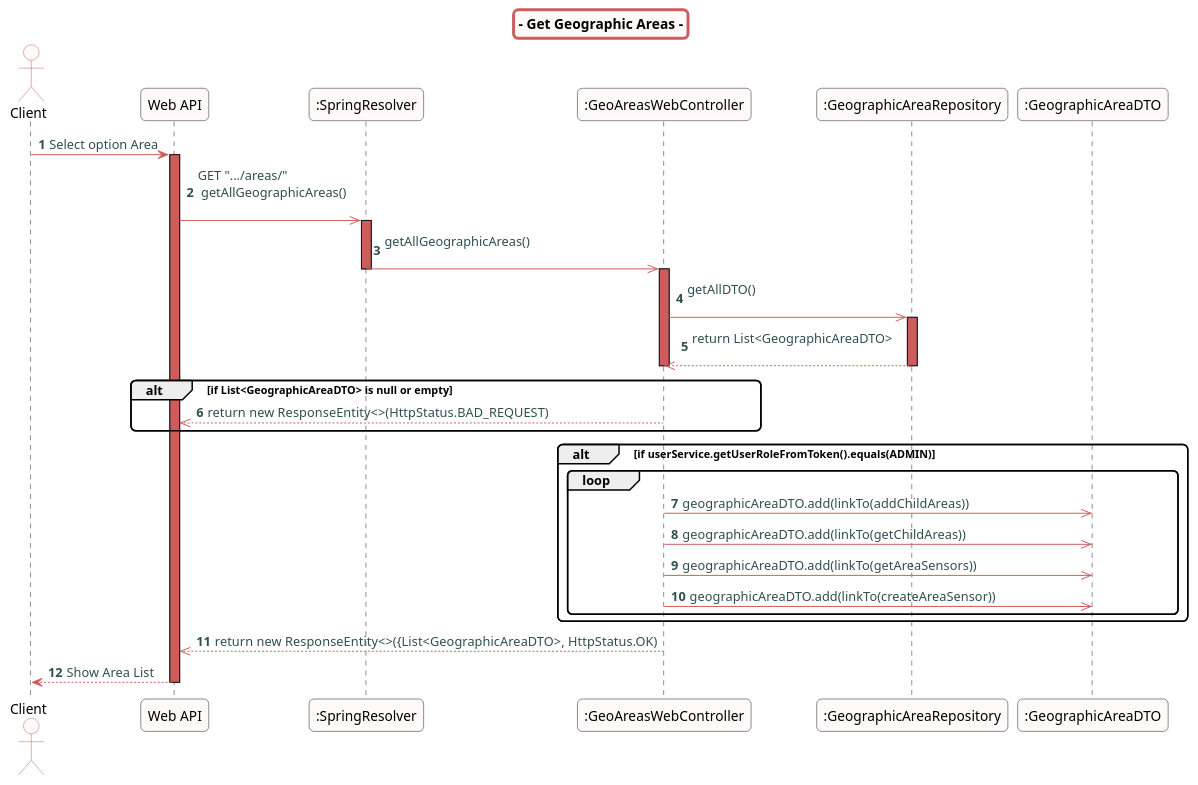
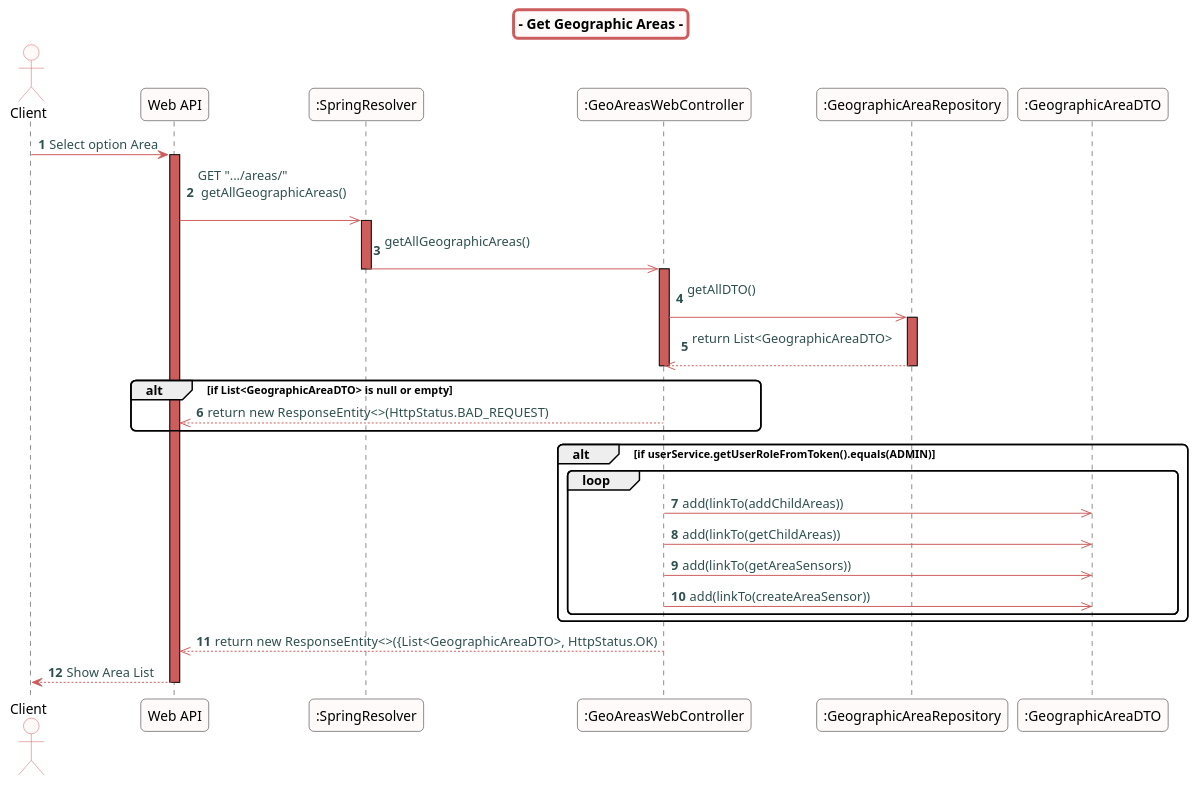
The diagram in src/doc/WEB_Controllers/GASettings/getAllGeographicAreas.puml (Almadanmp/frontend4), drawn with PlantUML before and after one commit. The commit also changed 1 other file, not shown here.

Commit message:
get child areas table sd small corretion to get all geographic areas sd

```diff
--- a/src/doc/WEB_Controllers/GASettings/getAllGeographicAreas.puml
+++ b/src/doc/WEB_Controllers/GASettings/getAllGeographicAreas.puml
@@ -1,64 +1,64 @@
 @startuml
 skinparam titleBorderRoundCorner 10
 skinparam titleBorderThickness 3
 skinparam titleBorderColor indianred
 skinparam titleBackgroundColor snow
 skinparam FontName quicksand
 
 skinparam actor {
   BorderColor indianred
   backgroundColor Snow
   }
 
 skinparam sequence {
   LifeLineBackgroundColor indianred
   ParticipantBackgroundColor snow
 }
 
 skinparam roundcorner 10
 
 skinparam component {
   arrowThickness 1
   ArrowFontName Verdana
   ArrowColor indianred
   ArrowFontColor darkslategrey
 }
 
 
 autonumber
 title - Get Geographic Areas -
 actor "Client"
 
 "Client" -> "Web API": Select option Area
 
 activate "Web API"
 "Web API" ->> ":SpringResolver":  GET ".../areas/" \n getAllGeographicAreas() \n
 activate ":SpringResolver"
 ":SpringResolver" ->> ":GeoAreasWebController": getAllGeographicAreas() \n
 deactivate ":SpringResolver"
 activate ":GeoAreasWebController"
 ":GeoAreasWebController" ->> ":GeographicAreaRepository": getAllDTO() \n
 activate ":GeographicAreaRepository"
 ":GeographicAreaRepository" -->> ":GeoAreasWebController":  return List<GeographicAreaDTO> \n
 deactivate ":GeographicAreaRepository"
 deactivate ":GeoAreasWebController"
 alt if List<GeographicAreaDTO> is null or empty
 ":GeoAreasWebController" -->> "Web API": return  new ResponseEntity<>(HttpStatus.BAD_REQUEST)
 end
 
 
 alt if userService.getUserRoleFromToken().equals(ADMIN)
 loop
 
-":GeoAreasWebController" ->> ":GeographicAreaDTO": geographicAreaDTO.add(linkTo(addChildAreas))
-":GeoAreasWebController" ->> ":GeographicAreaDTO": geographicAreaDTO.add(linkTo(getChildAreas))
-":GeoAreasWebController" ->> ":GeographicAreaDTO": geographicAreaDTO.add(linkTo(getAreaSensors))
-":GeoAreasWebController" ->> ":GeographicAreaDTO": geographicAreaDTO.add(linkTo(createAreaSensor))
+":GeoAreasWebController" ->> ":GeographicAreaDTO": add(linkTo(addChildAreas))
+":GeoAreasWebController" ->> ":GeographicAreaDTO": add(linkTo(getChildAreas))
+":GeoAreasWebController" ->> ":GeographicAreaDTO": add(linkTo(getAreaSensors))
+":GeoAreasWebController" ->> ":GeographicAreaDTO": add(linkTo(createAreaSensor))
 end
 end
 ":GeoAreasWebController" -->> "Web API": return  new ResponseEntity<>({List<GeographicAreaDTO>, HttpStatus.OK)
 
 "Web API" --> "Client": Show Area List
 deactivate "Web API"
 
 @enduml
```
